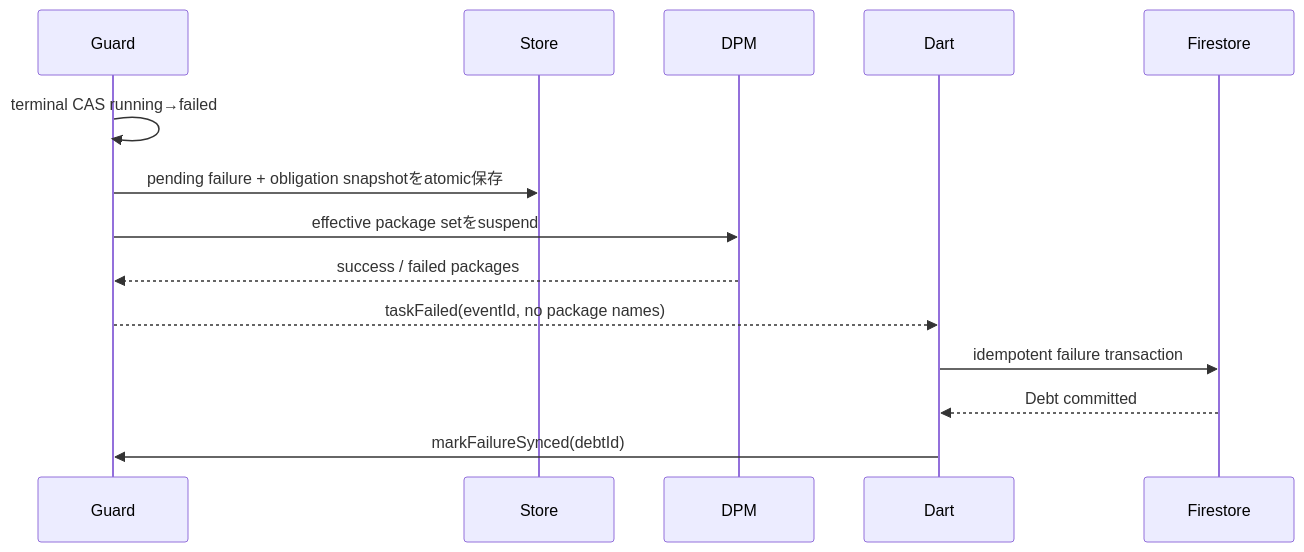
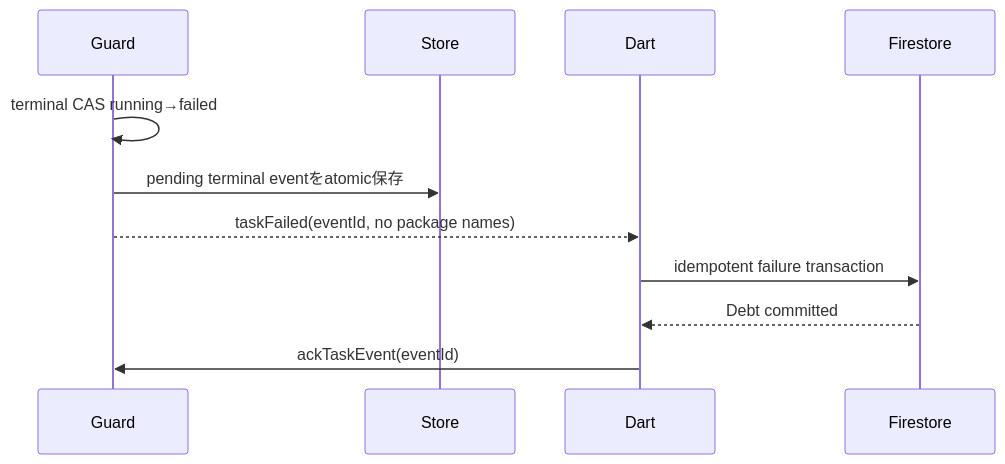
Before and after one commit to kren-team/MICHIZURE: the second of 2 diagrams in docs/android-enforcement.md, drawn with Mermaid. The commit also changed other lines of this file and 10 other files, not shown here.

````diff
--- a/docs/android-enforcement.md
+++ b/docs/android-enforcement.md
@@ -259,17 +265,14 @@
 ```mermaid
 sequenceDiagram
     participant Guard
     participant Store
-    participant DPM
     participant Dart
     participant Firestore
 
     Guard->>Guard: terminal CAS running→failed
-    Guard->>Store: pending failure + obligation snapshotをatomic保存
-    Guard->>DPM: effective package setをsuspend
-    DPM-->>Guard: success / failed packages
+    Guard->>Store: pending terminal eventをatomic保存
     Guard-->>Dart: taskFailed(eventId, no package names)
     Dart->>Firestore: idempotent failure transaction
     Firestore-->>Dart: Debt committed
-    Dart->>Guard: markFailureSynced(debtId)
+    Dart->>Guard: ackTaskEvent(eventId)
 ```
````
